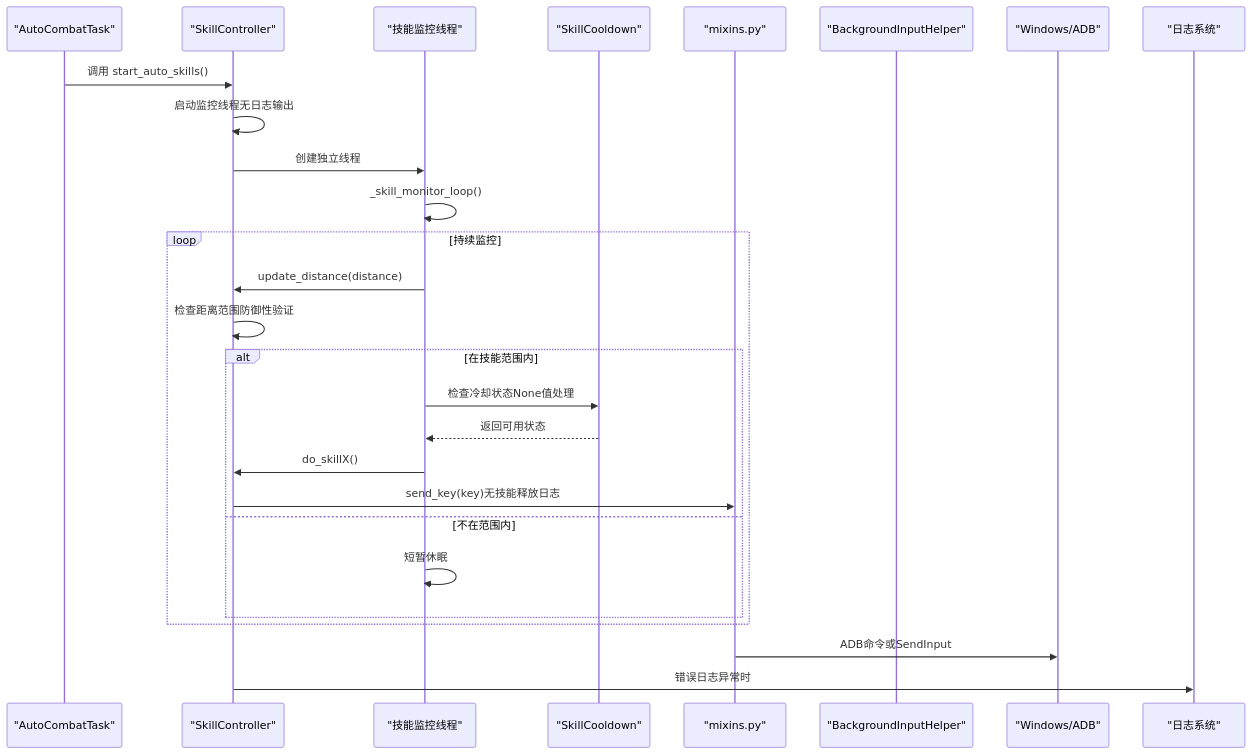
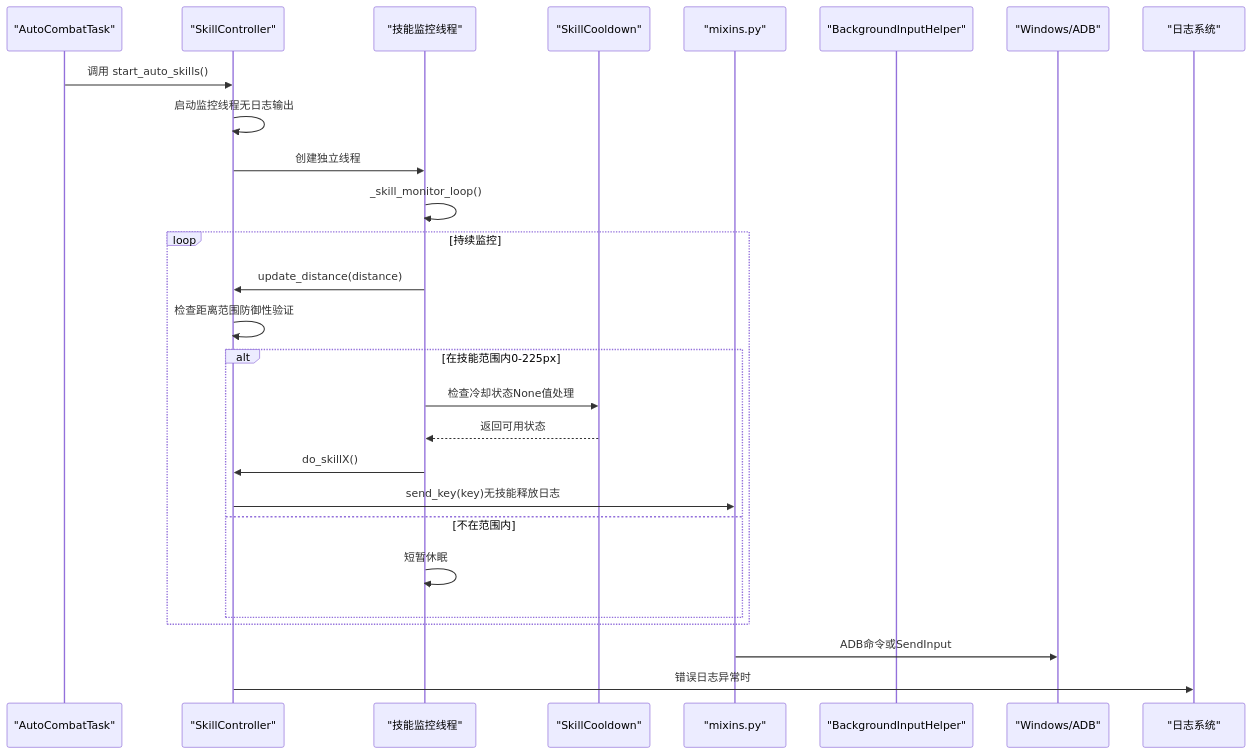
One commit to xsy098-max/ok-jump changed the second of 8 diagrams in .qoder/repowiki/zh/content/战斗系统/技能控制器.md. Above: the diagram before and after it, drawn with Mermaid. The commit also changed other lines of this file and 19 other files, not shown here.

````diff
--- a/.qoder/repowiki/zh/content/战斗系统/技能控制器.md
+++ b/.qoder/repowiki/zh/content/战斗系统/技能控制器.md
@@ -161,29 +164,29 @@
 ```mermaid
 sequenceDiagram
 participant Task as "AutoCombatTask"
 participant SC as "SkillController"
 participant Thread as "技能监控线程"
 participant Cooldown as "SkillCooldown"
 participant Mix as "mixins.py"
 participant BIH as "BackgroundInputHelper"
 participant Win as "Windows/ADB"
 participant Log as "日志系统"
 Task->>SC : 调用 start_auto_skills()
 SC->>SC : 启动监控线程无日志输出
 SC->>Thread : 创建独立线程
 Thread->>Thread : _skill_monitor_loop()
 loop 持续监控
 Thread->>SC : update_distance(distance)
 SC->>SC : 检查距离范围防御性验证
-alt 在技能范围内
+alt 在技能范围内0-225px
 Thread->>Cooldown : 检查冷却状态None值处理
 Cooldown-->>Thread : 返回可用状态
 Thread->>SC : do_skillX()
 SC->>Mix : send_key(key)无技能释放日志
 else 不在范围内
 Thread->>Thread : 短暂休眠
 end
 end
 Mix->>Win : ADB命令或SendInput
 SC->>Log : 错误日志异常时
 ```
````
